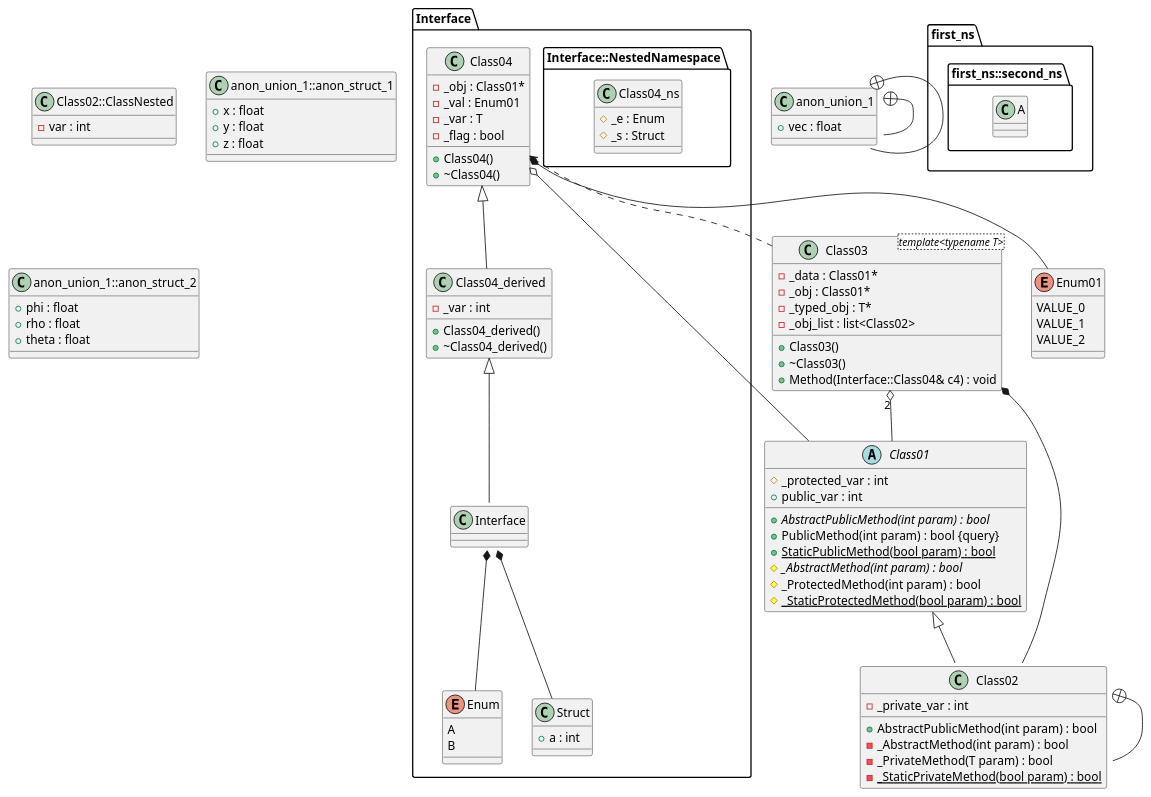
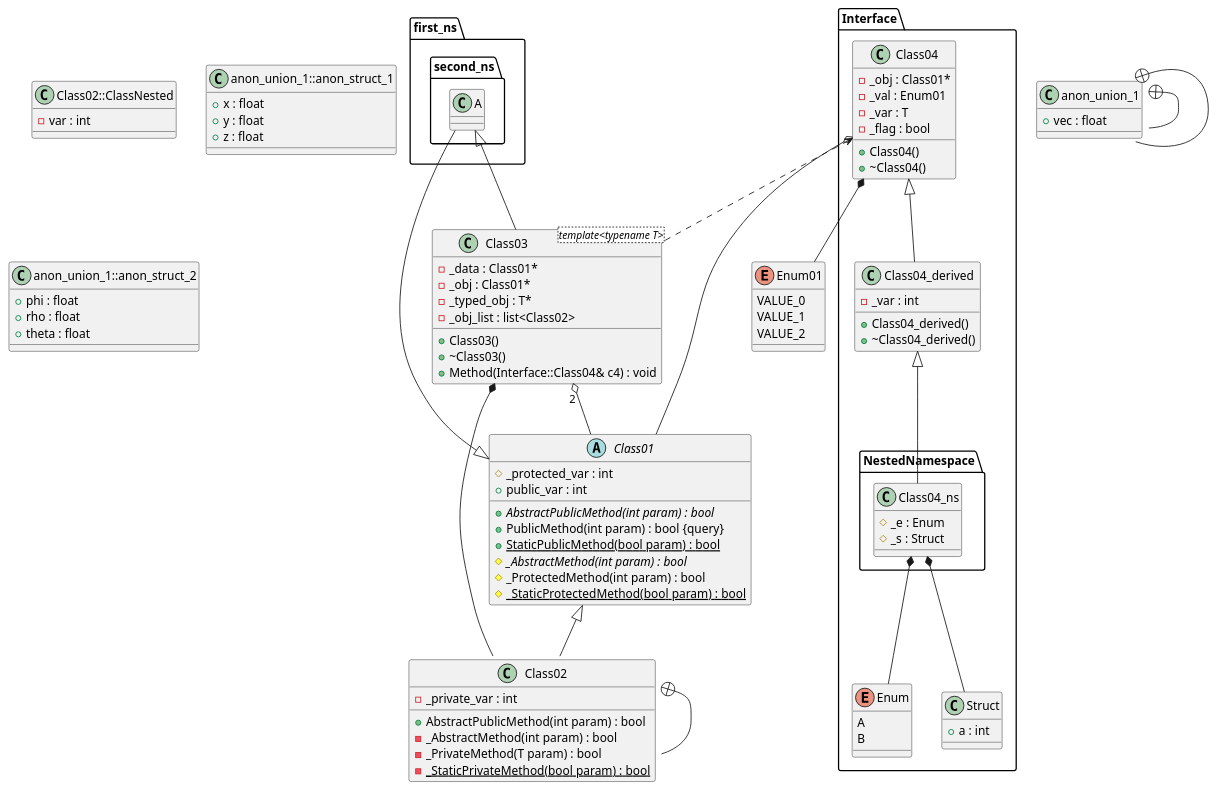
The second of 4 diagrams in hpp2plantuml.org (thibaultmarin/hpp2plantuml), drawn with PlantUML before and after one commit. The commit also changed other lines of this file and 8 other files, not shown here.

```diff
--- a/hpp2plantuml.org
+++ b/hpp2plantuml.org
@@ -2633,7 +2649,7 @@
 
 
 namespace first_ns {
-	namespace first_ns::second_ns {
+	namespace second_ns {
 		class A {
 		}
 	}
@@ -2665,7 +2681,7 @@
 		+a : int
 	}
 
-	namespace Interface::NestedNamespace {
+	namespace NestedNamespace {
 		class Class04_ns {
 			#_e : Enum
 			#_s : Struct
@@ -2679,13 +2695,19 @@
 
 /' Inheritance relationships '/
 
+first_ns.second_ns.A <|-- .Class03
+
+
+.Class01 <|-- first_ns.second_ns.A
+
+
 .Class01 <|-- .Class02
 
 
 Interface.Class04 <|-- Interface.Class04_derived
 
 
-Interface.Class04_derived <|-- Interface.Interface::NestedNamespace.Class04_ns
+Interface.Class04_derived <|-- Interface.NestedNamespace.Class04_ns
 
 
 
@@ -2705,10 +2727,10 @@
 Interface.Class04 *-- .Enum01
 
 
-Interface.Interface::NestedNamespace.Class04_ns *-- Interface.Enum
+Interface.NestedNamespace.Class04_ns *-- Interface.Enum
 
 
-Interface.Interface::NestedNamespace.Class04_ns *-- Interface.Struct
+Interface.NestedNamespace.Class04_ns *-- Interface.Struct
 
 
 
```
